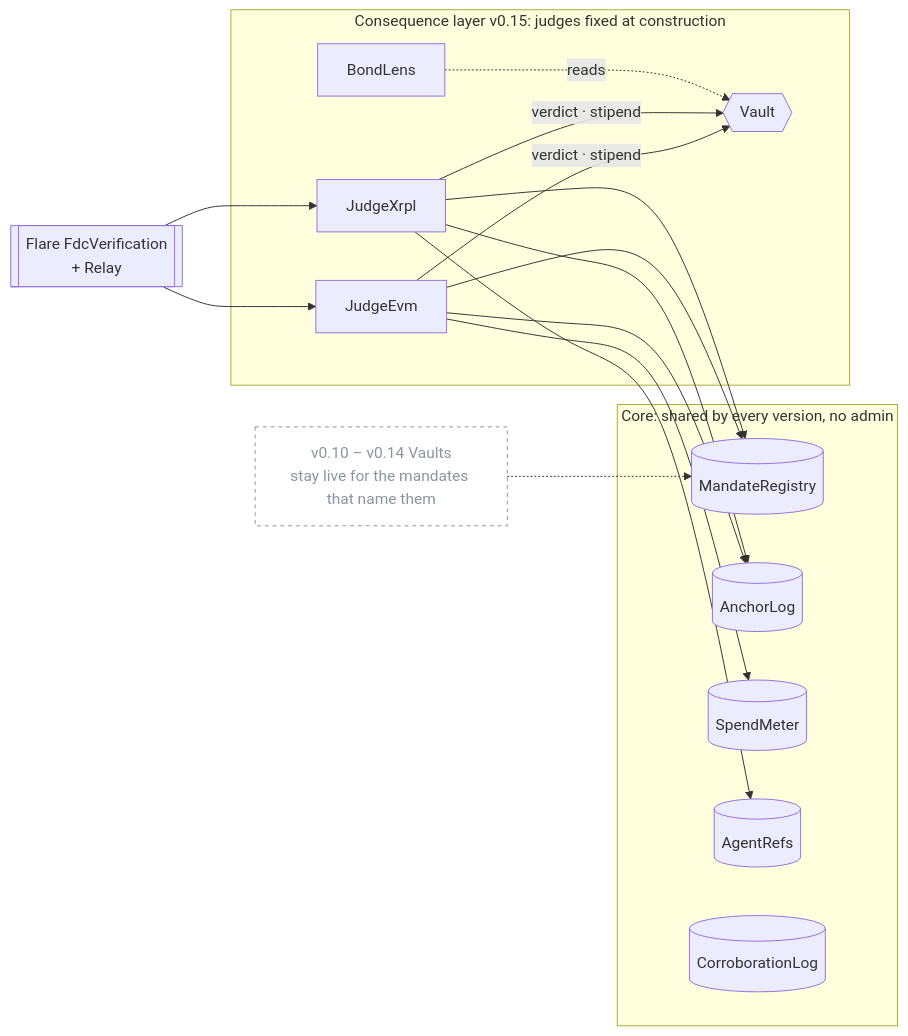
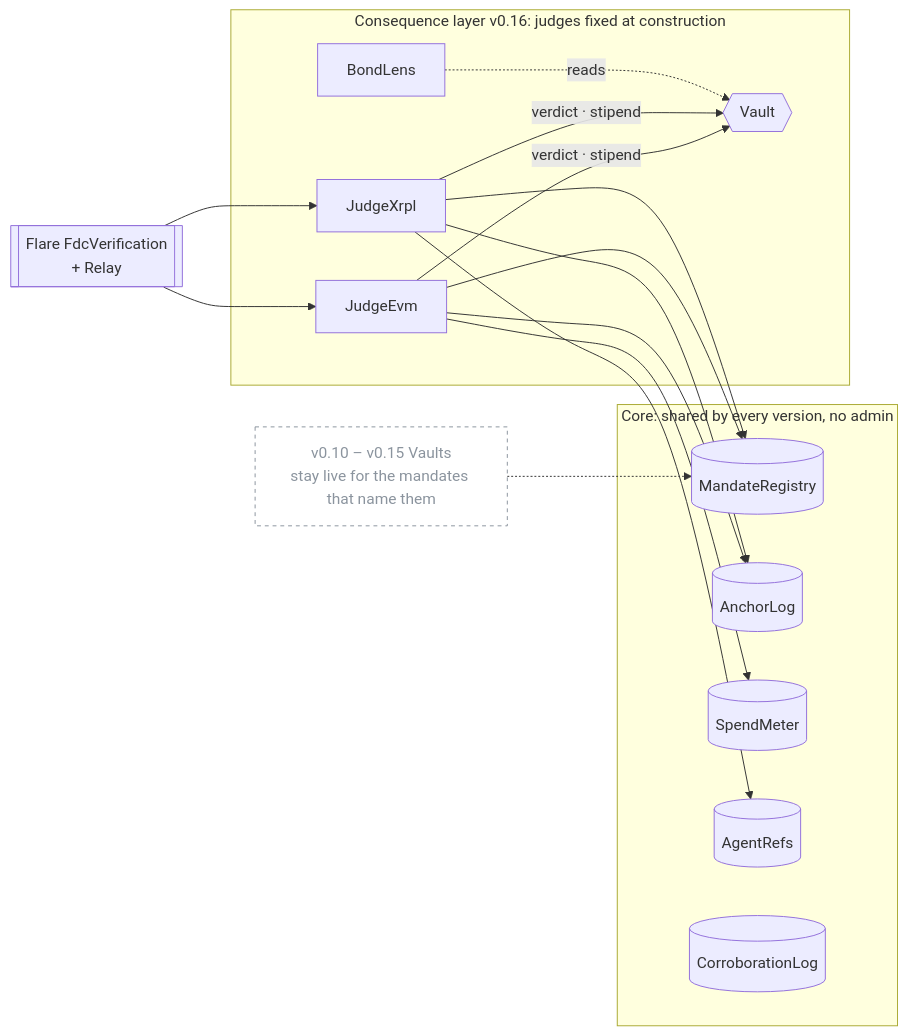
The ninth of 10 diagrams in README.md (dziuba0x/delicti), drawn with Mermaid before and after one commit. The commit also changed other lines of this file and 12 other files, not shown here.

````diff
--- a/README.md
+++ b/README.md
@@ -359,23 +361,23 @@
 ```mermaid
 flowchart LR
     subgraph CORE["Core: shared by every version, no admin"]
         MR[(MandateRegistry)]
         AL[(AnchorLog)]
         SM[(SpendMeter)]
         AR[(AgentRefs)]
         CL[(CorroborationLog)]
     end
-    subgraph L15["Consequence layer v0.15: judges fixed at construction"]
+    subgraph L15["Consequence layer v0.16: judges fixed at construction"]
         V{{Vault}}
         JE[JudgeEvm]
         JX[JudgeXrpl]
         BL[BondLens]
     end
     JE & JX -- "verdict · stipend" --> V
     JE --> MR & AL & SM
     JX --> MR & AL & AR
     BL -. reads .-> V
     FDC[[Flare FdcVerification<br/>+ Relay]] --> JE & JX
-    OLD["v0.10 – v0.14 Vaults<br/>stay live for the mandates that name them"]:::old -.-> MR
+    OLD["v0.10 – v0.15 Vaults<br/>stay live for the mandates that name them"]:::old -.-> MR
     classDef old fill:none,stroke:#8b949e,stroke-dasharray: 4 4,color:#8b949e
 ```
````
